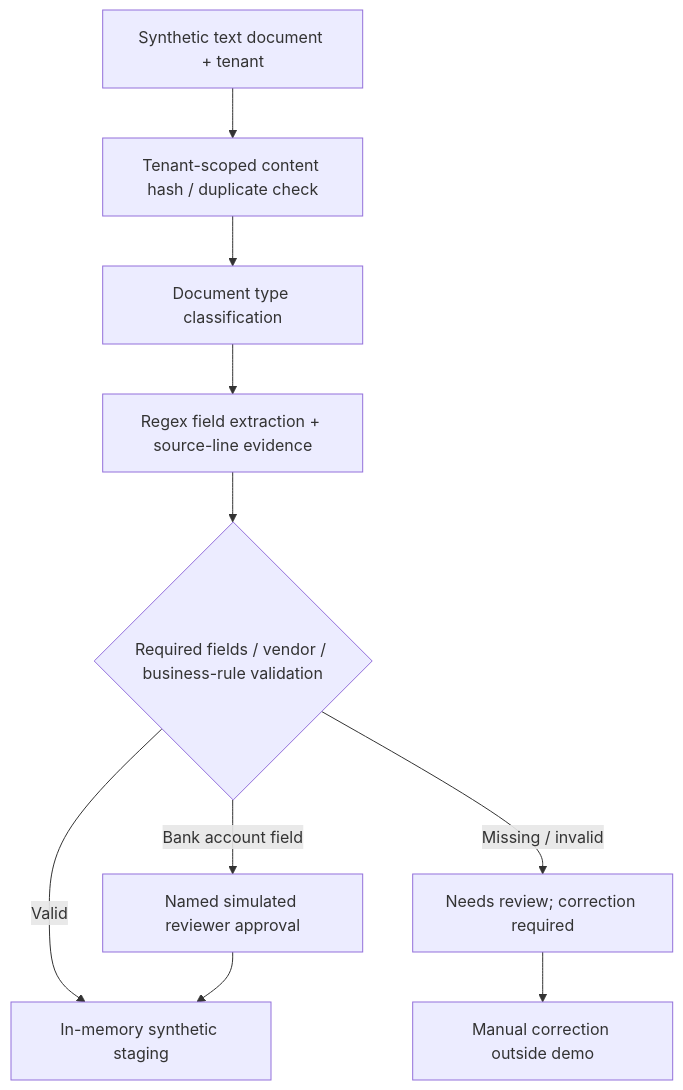
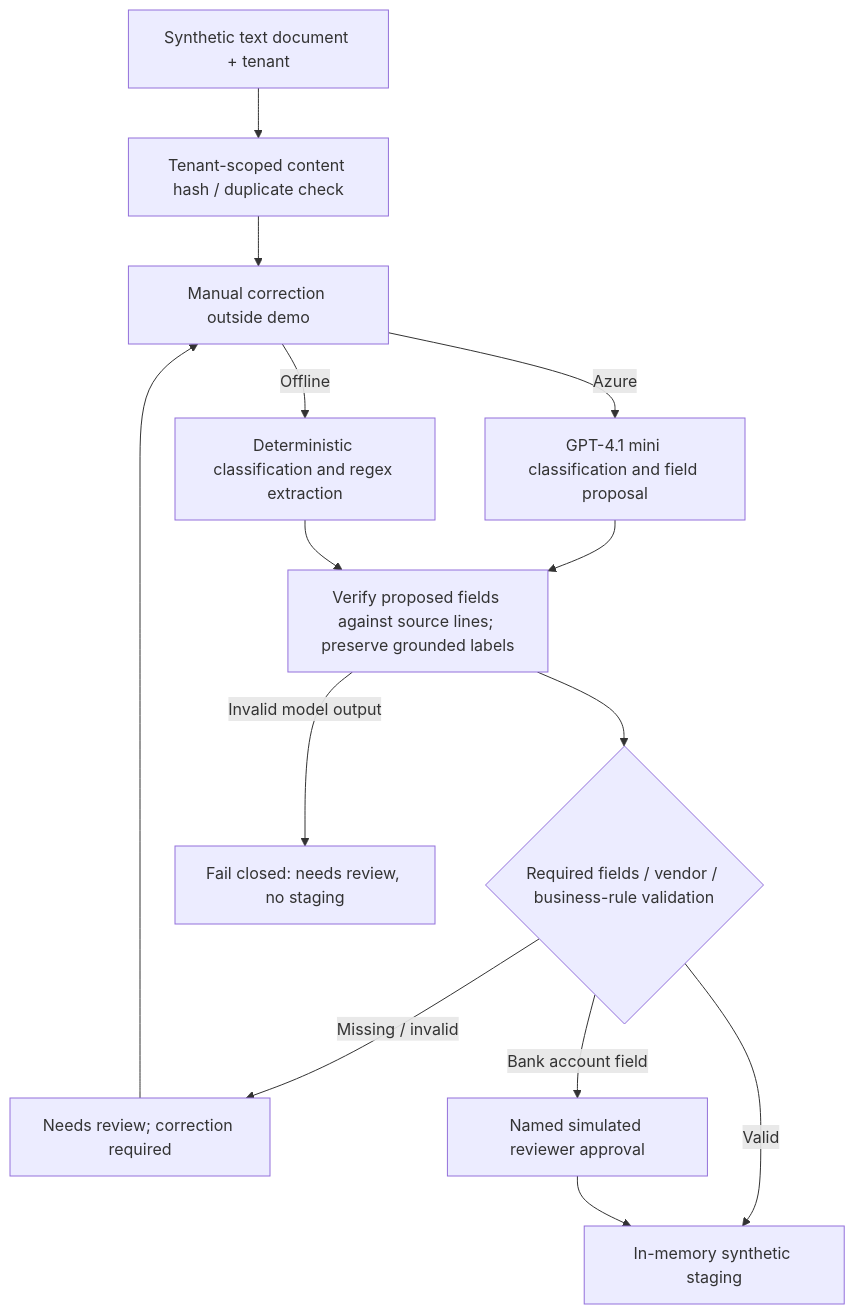
One commit to n-neykov/agentic-ai-architecture-portfolio changed the diagram in 02-document-processing/README.md. Above: the diagram before and after it, drawn with Mermaid. The commit also changed other lines of this file, not shown here.

Commit message:
docs: align final review with actual Azure acceptance evidence and architecture

````diff
--- a/02-document-processing/README.md
+++ b/02-document-processing/README.md
@@ -11,12 +11,16 @@
 ```mermaid
 flowchart TD
   I["Synthetic text document + tenant"] --> H["Tenant-scoped content hash / duplicate check"]
-  H --> C["Document type classification"]
-  C --> X["Regex field extraction + source-line evidence"]
+  H --> M{"Execution mode"}
+  M -->|Offline| C["Deterministic classification and regex extraction"]
+  M -->|Azure| A["GPT-4.1 mini classification and field proposal"]
+  A --> X["Verify proposed fields against source lines; preserve grounded labels"]
+  C --> X
   X --> V{"Required fields / vendor / business-rule validation"}
+  X -->|"Invalid model output"| F["Fail closed: needs review, no staging"]
   V -->|"Valid"| S["In-memory synthetic staging"]
   V -->|"Missing / invalid"| R["Needs review; correction required"]
-  V -->|"Bank account field"| A["Named simulated reviewer approval"]
-  A --> S
+  V -->|"Bank account field"| G["Named simulated reviewer approval"]
+  G --> S
   R --> M["Manual correction outside demo"]
 ```
````
